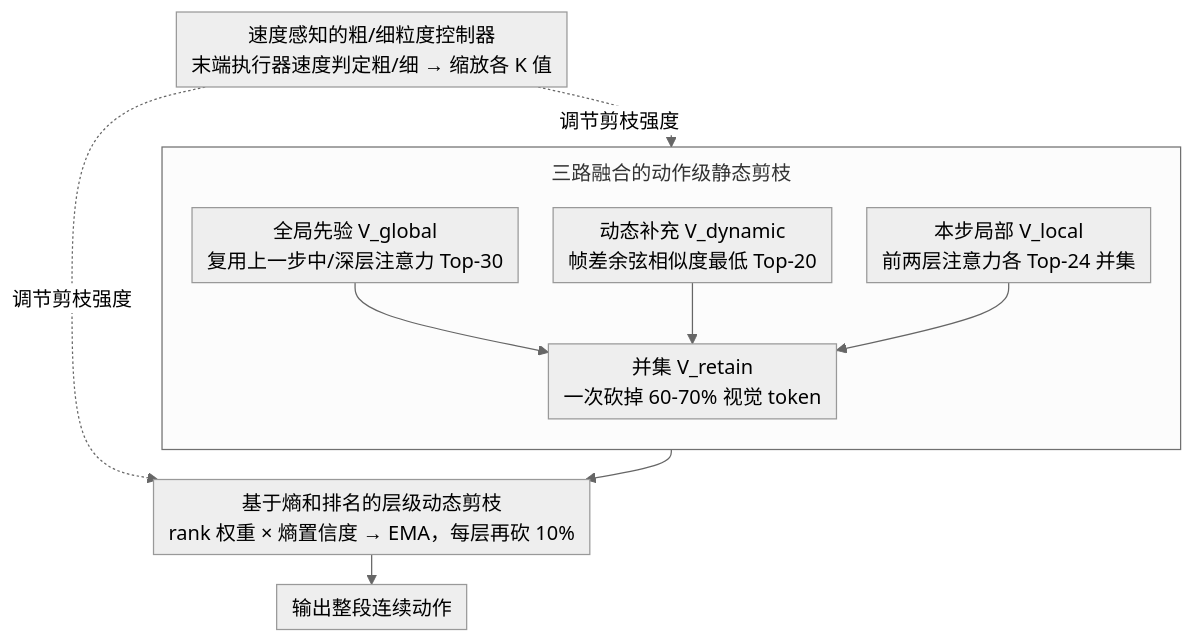
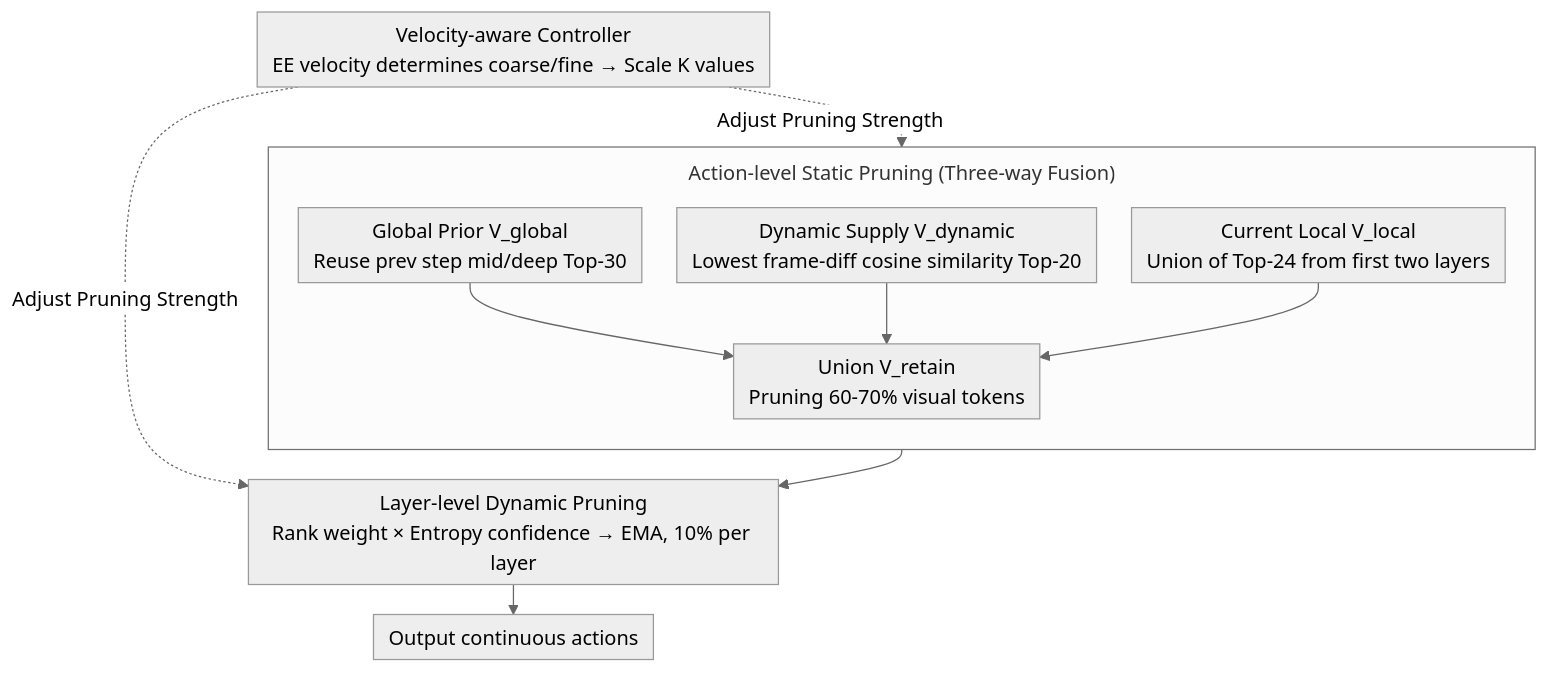
The diagram in docs/ICML2026/robotics/specprune-vla_accelerating_vision-language-action_models_via_action-aware_self-s.md (zhaoyang97/Paper-Notes-en), drawn with Mermaid (neutral theme) before and after one commit. The commit also changed other lines of this file and 5084 other files, not shown here.

````diff
--- a/docs/ICML2026/robotics/specprune-vla_accelerating_vision-language-action_models_via_action-aware_self-s.md
+++ b/docs/ICML2026/robotics/specprune-vla_accelerating_vision-language-action_models_via_action-aware_self-s.md
@@ -41,17 +41,17 @@
 ```mermaid
 %%{init: {'flowchart': {'rankSpacing': 24, 'nodeSpacing': 28, 'padding': 6, 'wrappingWidth': 400, 'subGraphTitleMargin': {'top': 8, 'bottom': 16}}}}%%
 flowchart TD
-    subgraph STATIC["三路融合的动作级静态剪枝"]
+    subgraph STATIC["Action-level Static Pruning (Three-way Fusion)"]
         direction TB
-        G["全局先验 V_global<br/>复用上一步中/深层注意力 Top-30"]
-        D["动态补充 V_dynamic<br/>帧差余弦相似度最低 Top-20"]
-        L["本步局部 V_local<br/>前两层注意力各 Top-24 并集"]
-        G --> U["并集 V_retain<br/>一次砍掉 60-70% 视觉 token"]
+        G["Global Prior V_global<br/>Reuse prev step mid/deep Top-30"]
+        D["Dynamic Supply V_dynamic<br/>Lowest frame-diff cosine similarity Top-20"]
+        L["Current Local V_local<br/>Union of Top-24 from first two layers"]
+        G --> U["Union V_retain<br/>Pruning 60-70% visual tokens"]
         D --> U
         L --> U
     end
-    U --> DYN["基于熵和排名的层级动态剪枝<br/>rank 权重 × 熵置信度 → EMA，每层再砍 10%"]
-    DYN --> ACT["输出整段连续动作"]
-    CTRL["速度感知的粗/细粒度控制器<br/>末端执行器速度判定粗/细 → 缩放各 K 值"] -.调节剪枝强度.-> STATIC
-    CTRL -.调节剪枝强度.-> DYN
+    U --> DYN["Layer-level Dynamic Pruning<br/>Rank weight × Entropy confidence → EMA, 10% per layer"]
+    DYN --> ACT["Output continuous actions"]
+    CTRL["Velocity-aware Controller<br/>EE velocity determines coarse/fine → Scale K values"] -.Adjust Pruning Strength.-> STATIC
+    CTRL -.Adjust Pruning Strength.-> DYN
 ```
````
